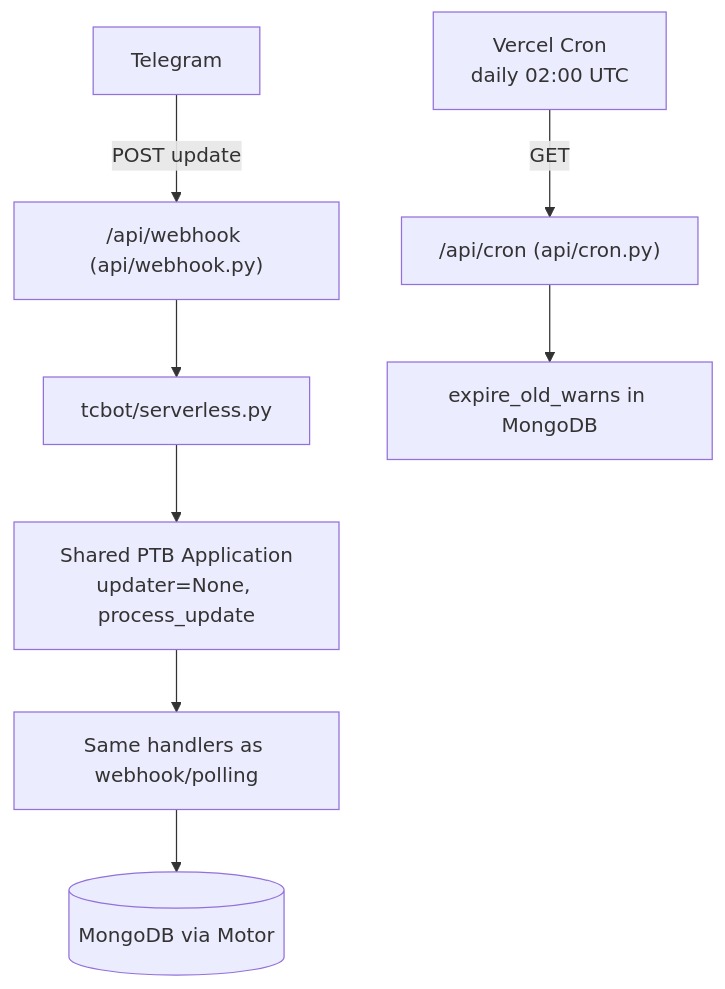
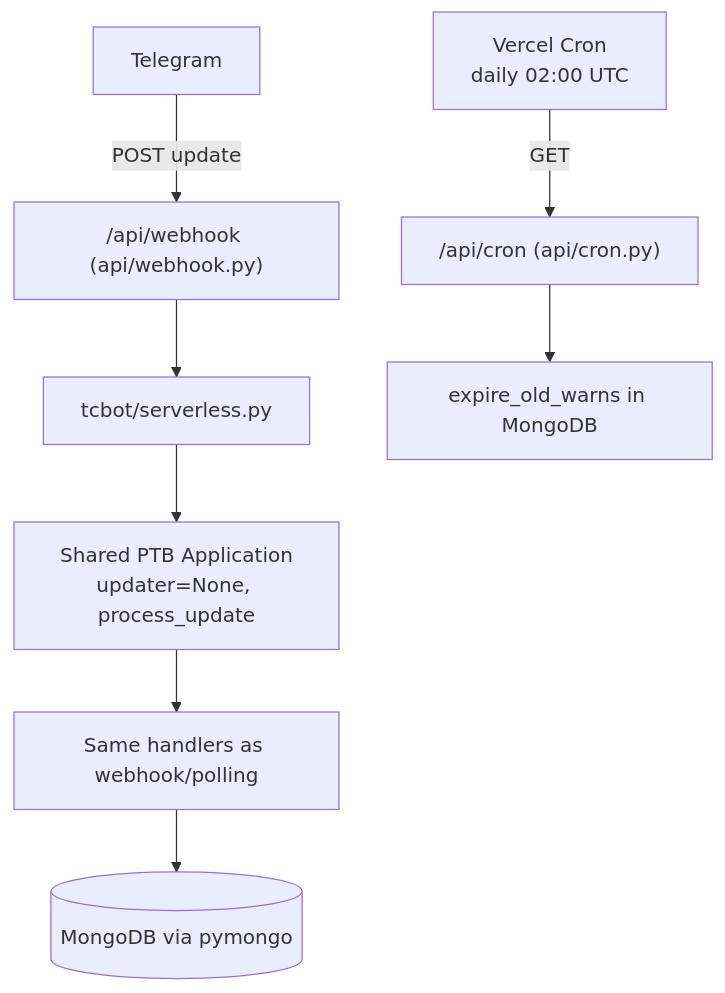
One commit to D1ZZY4/tcbot changed the diagram in docs/operations/vercel.md. Above: the diagram before and after it, drawn with Mermaid. The commit also changed 36 other files, not shown here.

First line of the commit message:
refactor(database): migrate Motor to sync PyMongo

````diff
--- a/docs/operations/vercel.md
+++ b/docs/operations/vercel.md
@@ -24,10 +24,10 @@
 ```mermaid
 flowchart TD
     TG[Telegram] -->|POST update| WH["/api/webhook (api/webhook.py)"]
     WH --> SL[tcbot/serverless.py]
     SL --> PTB[Shared PTB Application<br/>updater=None, process_update]
     PTB --> Handlers[Same handlers as webhook/polling]
-    Handlers --> Mongo[(MongoDB via Motor)]
+    Handlers --> Mongo[(MongoDB via pymongo)]
     Cron[Vercel Cron<br/>daily 02:00 UTC] -->|GET| CR["/api/cron (api/cron.py)"]
     CR --> EXP[expire_old_warns in MongoDB]
 ```
````
